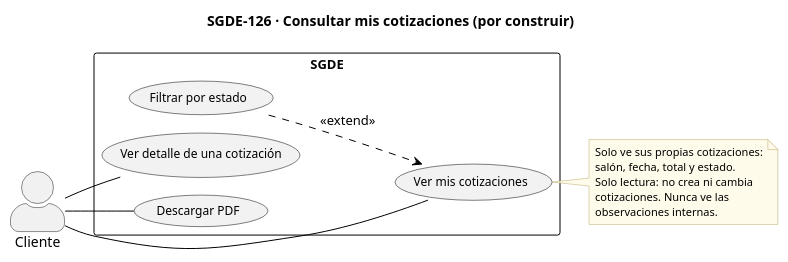
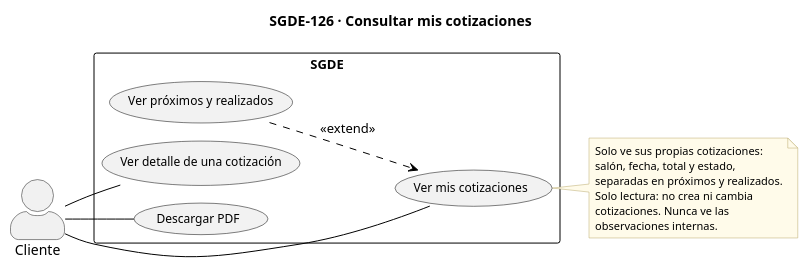
Before and after one commit to AndreCamx2/Gestion-De-Eventos: the diagram in docs/casos_uso_sgde/SGDE-126_Consultar_mis_cotizaciones.puml, drawn with PlantUML. The commit also changed 25 other files, not shown here.

Commit message:
docs(casos-de-uso): alinear casos de uso con el sistema y agregar aplazar, ingresos y mis cotizaciones

```diff
--- a/docs/casos_uso_sgde/SGDE-126_Consultar_mis_cotizaciones.puml
+++ b/docs/casos_uso_sgde/SGDE-126_Consultar_mis_cotizaciones.puml
@@ -1,45 +1,46 @@
 @startuml SGDE-126_Consultar_mis_cotizaciones
 !pragma layout smetana
 left to right direction
 skinparam backgroundColor white
 skinparam usecase {
   BackgroundColor #F2F2F2
   BorderColor black
   FontSize 12
 }
 skinparam rectangle {
   BorderColor black
   FontSize 13
   FontStyle bold
 }
 skinparam note {
   BackgroundColor #FFFBEA
   BorderColor #B8A86B
   FontSize 11
 }
 skinparam ArrowColor black
 skinparam actorStyle awesome
-title SGDE-126 · Consultar mis cotizaciones (por construir)
+title SGDE-126 · Consultar mis cotizaciones
 
 actor "Cliente" as CL
 
 rectangle "SGDE" {
   usecase "Ver mis cotizaciones" as UC1
-  usecase "Filtrar por estado" as UC2
+  usecase "Ver próximos y realizados" as UC2
   usecase "Ver detalle de una cotización" as UC3
   usecase "Descargar PDF" as UC4
 }
 
 CL -- UC1
 CL -- UC3
 CL -- UC4
 UC2 ..> UC1 : <<extend>>
 
 note right of UC1
   Solo ve sus propias cotizaciones:
-  salón, fecha, total y estado.
+  salón, fecha, total y estado,
+  separadas en próximos y realizados.
   Solo lectura: no crea ni cambia
   cotizaciones. Nunca ve las
   observaciones internas.
 end note
 @enduml
```
